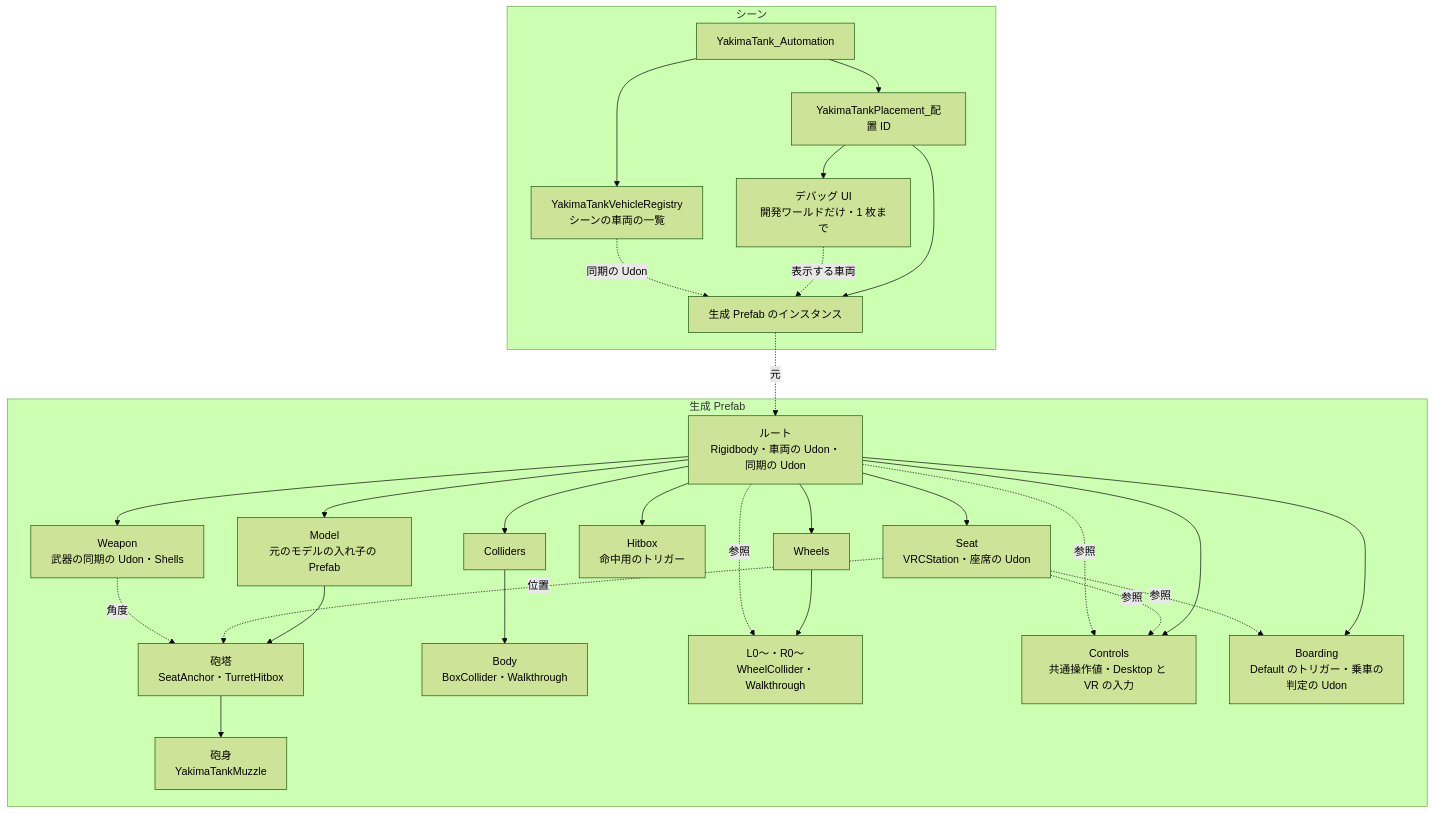
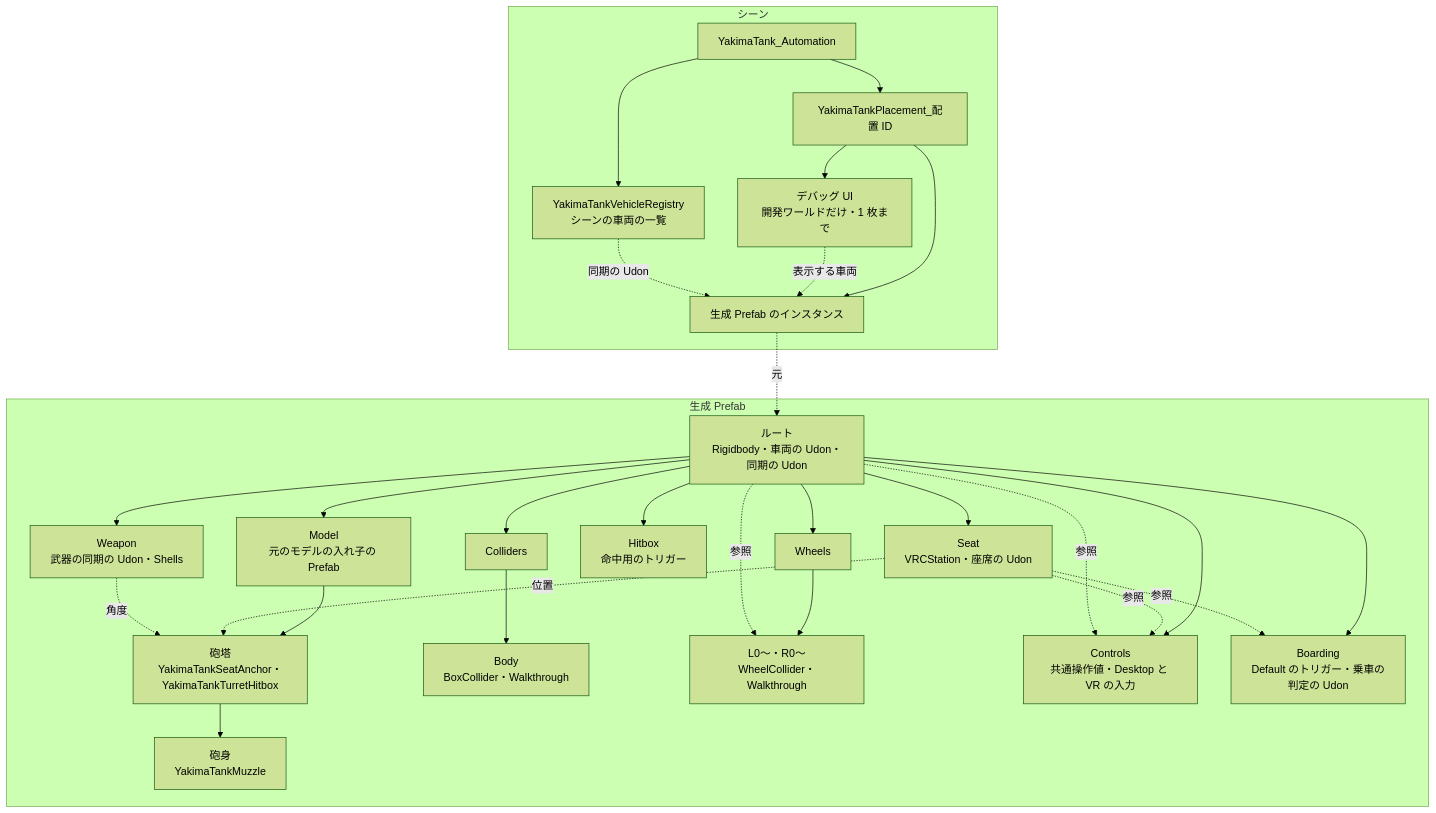
One commit to yakimannzyuu/YakimaTank changed the diagram in Docs/03_Architecture/diagrams/generated-prefab.md. Above: the diagram before and after it, drawn with Mermaid (forest theme). The commit also changed other lines of this file and 11 other files, not shown here.

````diff
--- a/Docs/03_Architecture/diagrams/generated-prefab.md
+++ b/Docs/03_Architecture/diagrams/generated-prefab.md
@@ -5,29 +5,29 @@
 ```mermaid
 flowchart TB
   subgraph scene[シーン]
     root[YakimaTank_Automation] --> holder[YakimaTankPlacement_配置 ID]
     holder --> instance[生成 Prefab のインスタンス]
     holder --> panel[デバッグ UI<br/>開発ワールドだけ・1 枚まで]
     root --> registry[YakimaTankVehicleRegistry<br/>シーンの車両の一覧]
   end
   subgraph prefab[生成 Prefab]
     top[ルート<br/>Rigidbody・車両の Udon・同期の Udon] --> model[Model<br/>元のモデルの入れ子の Prefab]
-    model --> turret[砲塔<br/>SeatAnchor・TurretHitbox] --> barrel[砲身<br/>YakimaTankMuzzle]
+    model --> turret[砲塔<br/>YakimaTankSeatAnchor・YakimaTankTurretHitbox] --> barrel[砲身<br/>YakimaTankMuzzle]
     top --> seat[Seat<br/>VRCStation・座席の Udon]
     top --> weapon[Weapon<br/>武器の同期の Udon・Shells]
     top --> hitbox[Hitbox<br/>命中用のトリガー]
     top --> colliders[Colliders] --> body[Body<br/>BoxCollider・Walkthrough]
     top --> wheels[Wheels] --> wheel[L0〜・R0〜<br/>WheelCollider・Walkthrough]
     top --> controls[Controls<br/>共通操作値・Desktop と VR の入力]
     top --> boarding[Boarding<br/>Default のトリガー・乗車の判定の Udon]
   end
   instance -.元.-> top
   panel -.表示する車両.-> instance
   registry -.同期の Udon.-> instance
   seat -.参照.-> controls
   seat -.位置.-> turret
   weapon -.角度.-> turret
   seat -.参照.-> boarding
   top -.参照.-> wheel
   top -.参照.-> controls
 ```
````
